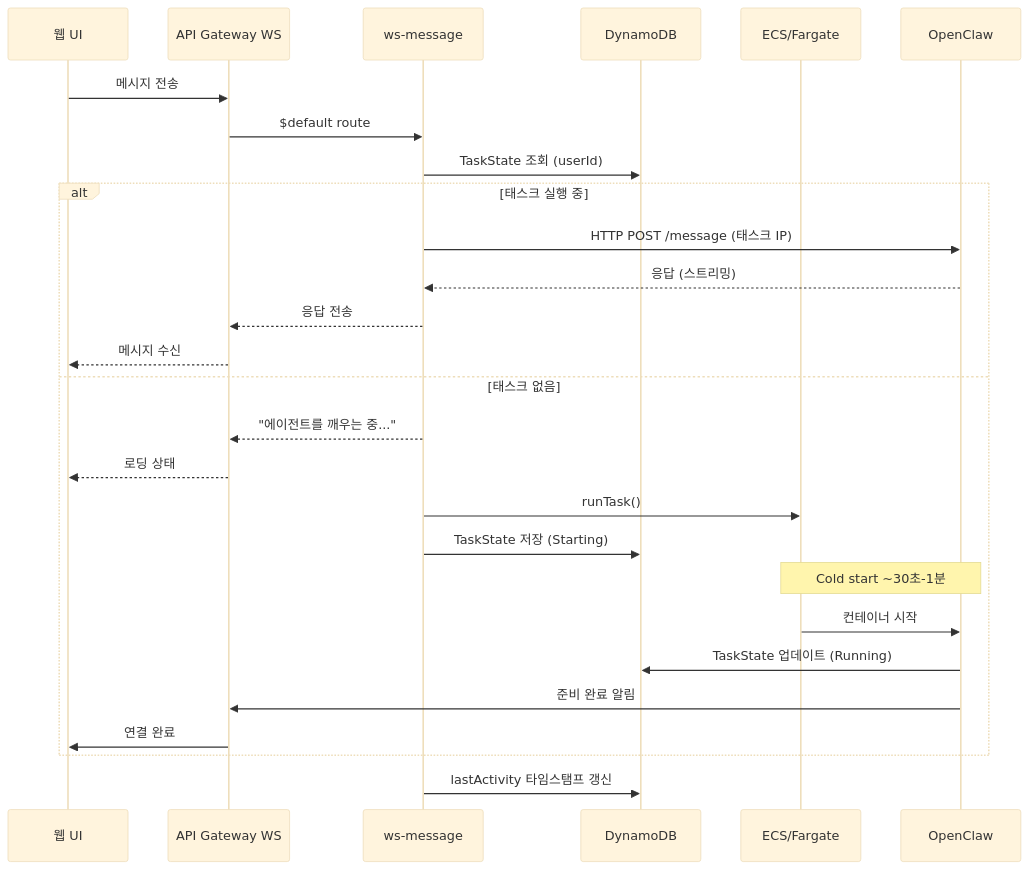
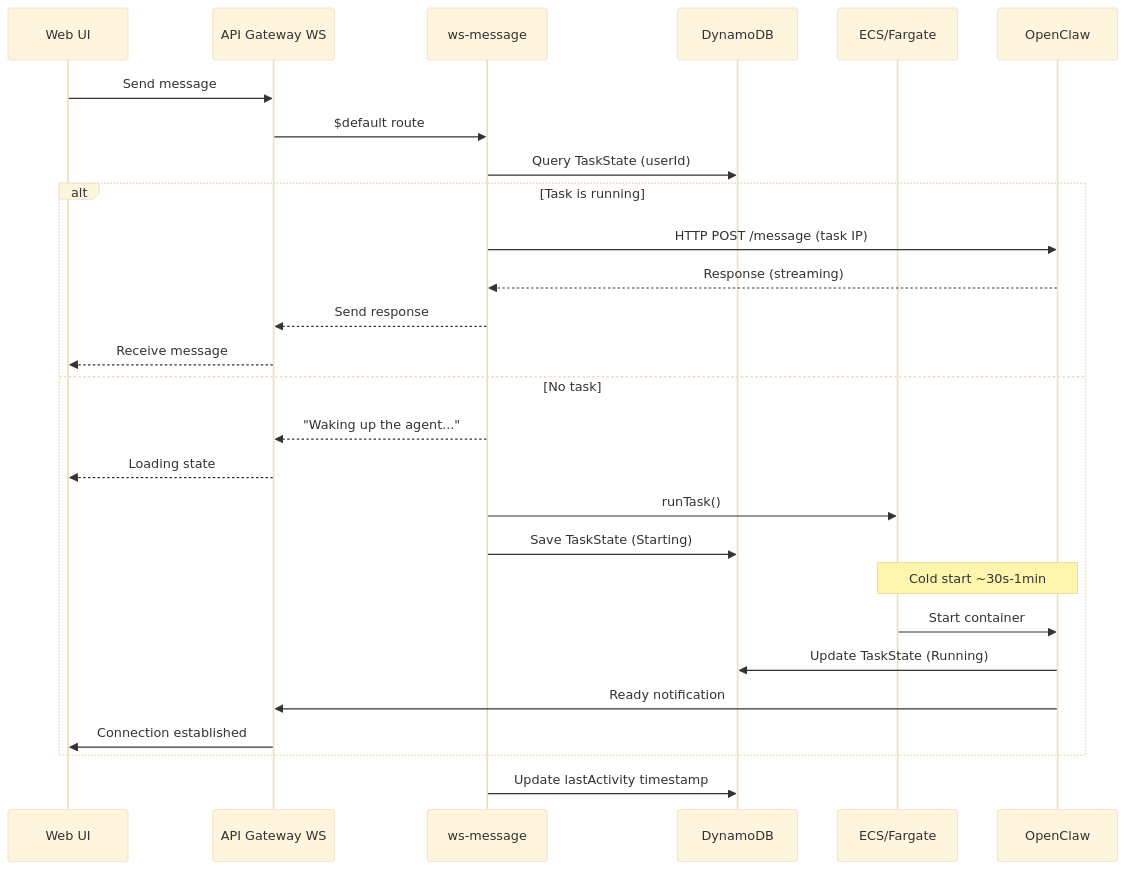
Before and after one commit to geoseong/serverless-openclaw: the third of 12 diagrams in docs/architecture.md, drawn with Mermaid (base theme). The commit also changed other lines of this file and 8 other files, not shown here.

````diff
--- a/docs/architecture.md
+++ b/docs/architecture.md
@@ -172,32 +172,32 @@
 ```mermaid
 sequenceDiagram
-    participant Client as 웹 UI
+    participant Client as Web UI
     participant APIGW as API Gateway WS
     participant Lambda as ws-message
     participant DDB as DynamoDB
     participant ECS as ECS/Fargate
     participant OC as OpenClaw
 
-    Client->>APIGW: 메시지 전송
+    Client->>APIGW: Send message
     APIGW->>Lambda: $default route
 
-    Lambda->>DDB: TaskState 조회 (userId)
-    alt 태스크 실행 중
-        Lambda->>OC: HTTP POST /message (태스크 IP)
-        OC-->>Lambda: 응답 (스트리밍)
-        Lambda-->>APIGW: 응답 전송
-        APIGW-->>Client: 메시지 수신
-    else 태스크 없음
-        Lambda-->>APIGW: "에이전트를 깨우는 중..."
-        APIGW-->>Client: 로딩 상태
+    Lambda->>DDB: Query TaskState (userId)
+    alt Task is running
+        Lambda->>OC: HTTP POST /message (task IP)
+        OC-->>Lambda: Response (streaming)
+        Lambda-->>APIGW: Send response
+        APIGW-->>Client: Receive message
+    else No task
+        Lambda-->>APIGW: "Waking up the agent..."
+        APIGW-->>Client: Loading state
         Lambda->>ECS: runTask()
-        Lambda->>DDB: TaskState 저장 (Starting)
-        Note over ECS,OC: Cold start ~30초-1분
-        ECS->>OC: 컨테이너 시작
-        OC->>DDB: TaskState 업데이트 (Running)
-        OC->>APIGW: 준비 완료 알림
-        APIGW->>Client: 연결 완료
+        Lambda->>DDB: Save TaskState (Starting)
+        Note over ECS,OC: Cold start ~30s-1min
+        ECS->>OC: Start container
+        OC->>DDB: Update TaskState (Running)
+        OC->>APIGW: Ready notification
+        APIGW->>Client: Connection established
     end
 
-    Lambda->>DDB: lastActivity 타임스탬프 갱신
+    Lambda->>DDB: Update lastActivity timestamp
 ```
````
